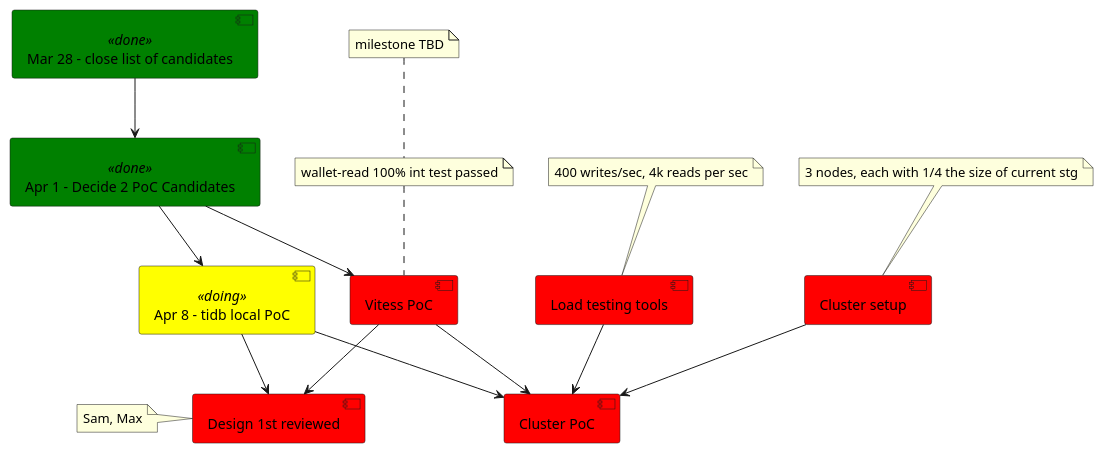
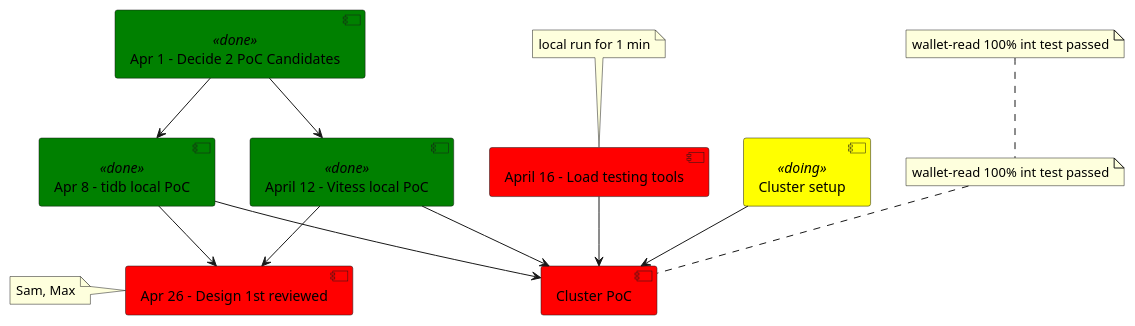
The second of 2 diagrams in pm/plan.plantuml (george24601/notes), drawn with PlantUML before and after one commit. The commit also changed 9 other files, not shown here.

```diff
--- a/pm/plan.plantuml
+++ b/pm/plan.plantuml
@@ -14,29 +14,26 @@
 @startuml
 
 skinparam component {
 	backgroundColor<<done>> Green
 	backgroundColor<<doing>> Yellow
 	backgroundColor Red
 }
-[Mar 28 - close list of candidates] <<done>>
 [Apr 1 - Decide 2 PoC Candidates]  <<done>>
-[Apr 8 - tidb local PoC] <<doing>>
+[Apr 8 - tidb local PoC] <<done>>
+[April 12 - Vitess local PoC] <<done>>
+[April 16 - Load testing tools]  
+note top : local run for 1 min
+[Cluster setup]<<doing>>
 
-[Load testing tools] --> [Cluster PoC]
-note top of [Load testing tools]: 400 writes/sec, 4k reads per sec
-
+[April 16 - Load testing tools]  --> [Cluster PoC]
 [Cluster setup] --> [Cluster PoC]
-note top of [Cluster setup]: 3 nodes, each with 1/4 the size of current stg
-
 [Apr 8 - tidb local PoC] --> [Cluster PoC]
-[Vitess PoC] --> [Cluster PoC]
-
-[Mar 28 - close list of candidates] --> [Apr 1 - Decide 2 PoC Candidates]
+[April 12 - Vitess local PoC] --> [Cluster PoC]
 [Apr 1 - Decide 2 PoC Candidates] --> [Apr 8 - tidb local PoC]
 note top: wallet-read 100% int test passed
-[Apr 1 - Decide 2 PoC Candidates] --> [Vitess PoC]
-note top: milestone TBD
-[Apr 8 - tidb local PoC] -->[Design 1st reviewed]
-[Vitess PoC] -->[Design 1st reviewed]
-note left of [Design 1st reviewed]: Sam, Max
+[Apr 1 - Decide 2 PoC Candidates] --> [April 12 - Vitess local PoC]
+note top: wallet-read 100% int test passed
+[Apr 8 - tidb local PoC] -->[Apr 26 - Design 1st reviewed]
+[April 12 - Vitess local PoC] -->[Apr 26 - Design 1st reviewed]
+note left of [Apr 26 - Design 1st reviewed]: Sam, Max
 @enduml
```
